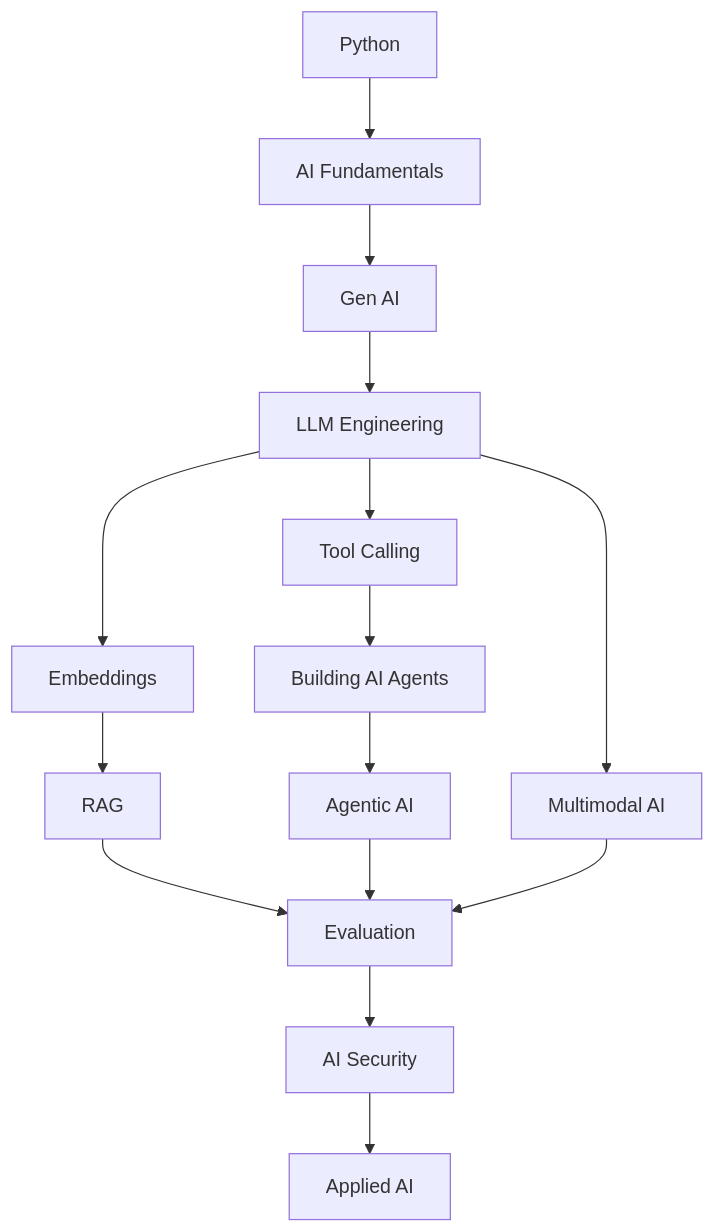
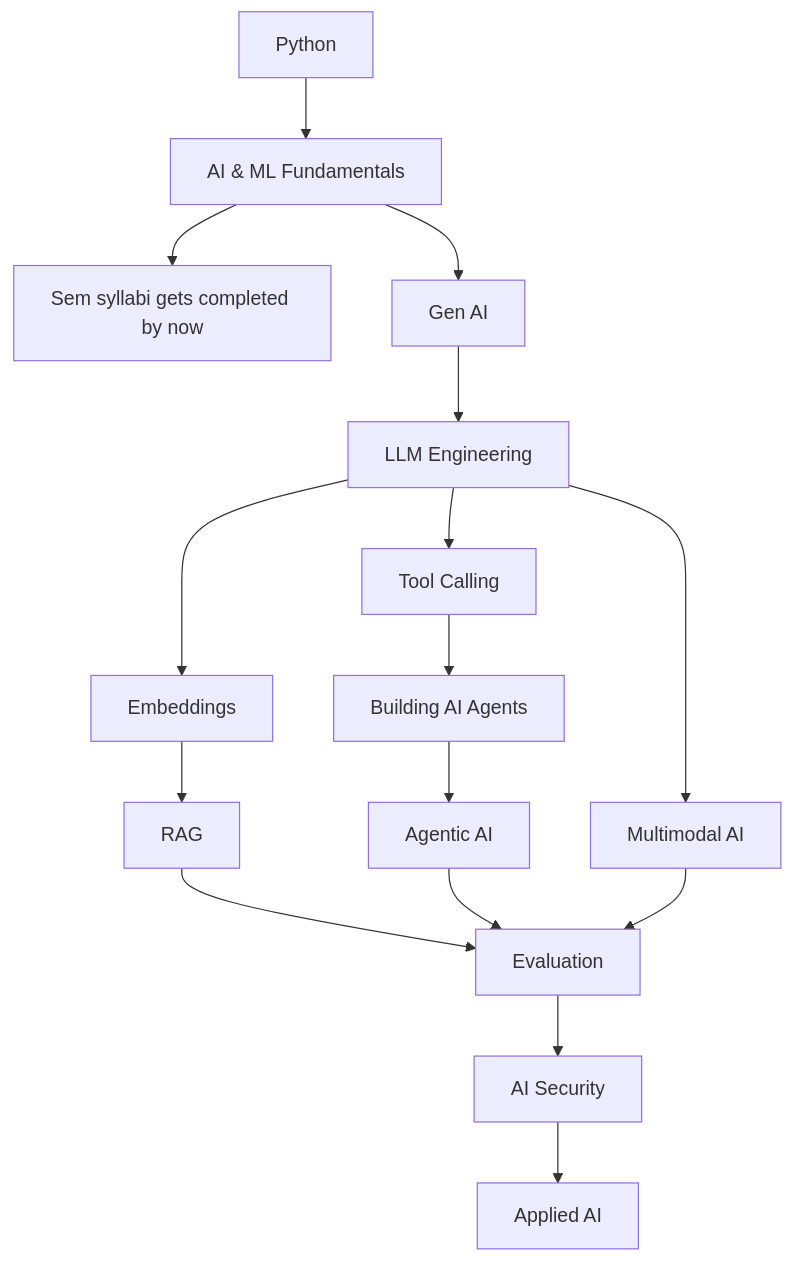
One commit to kwhx/ai-path changed the diagram in roadmap.md. Above: the diagram before and after it, drawn with Mermaid. The commit also changed 3 other files, not shown here.

````diff
--- a/roadmap.md
+++ b/roadmap.md
@@ -1,22 +1,22 @@
 ```mermaid
 flowchart TD
-    A["Python"] --> B["AI Fundamentals"]
+    A["Python"] --> B["AI & ML Fundamentals"] --> X["Sem syllabi gets completed by now"]
     B --> C["Gen AI"]
     C --> D["LLM Engineering"]
 
     D --> E["Embeddings"]
     E --> F["RAG"]
 
     D --> G["Tool Calling"]
     G --> H["Building AI Agents"]
     H --> I["Agentic AI"]
 
     D --> J["Multimodal AI"]
 
     F --> K["Evaluation"]
     I --> K
     J --> K
 
     K --> L["AI Security"]
     L --> M["Applied AI"]
 ```
````
